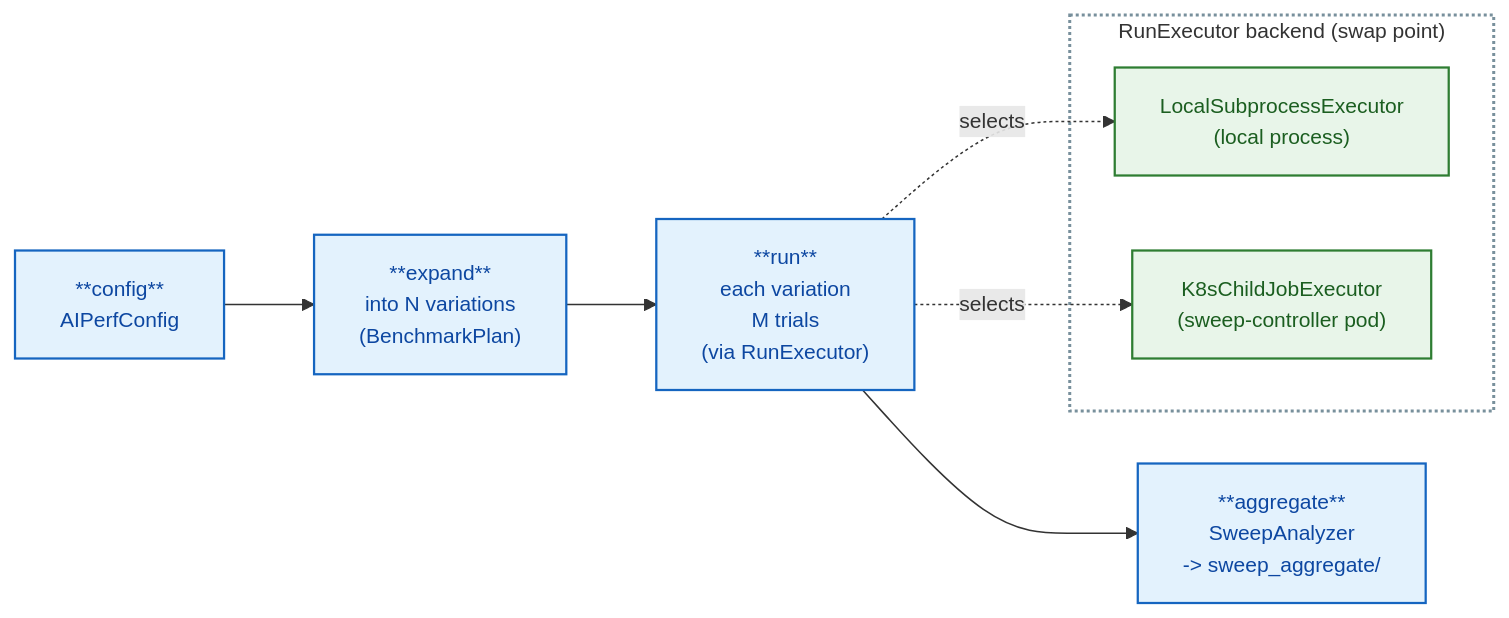
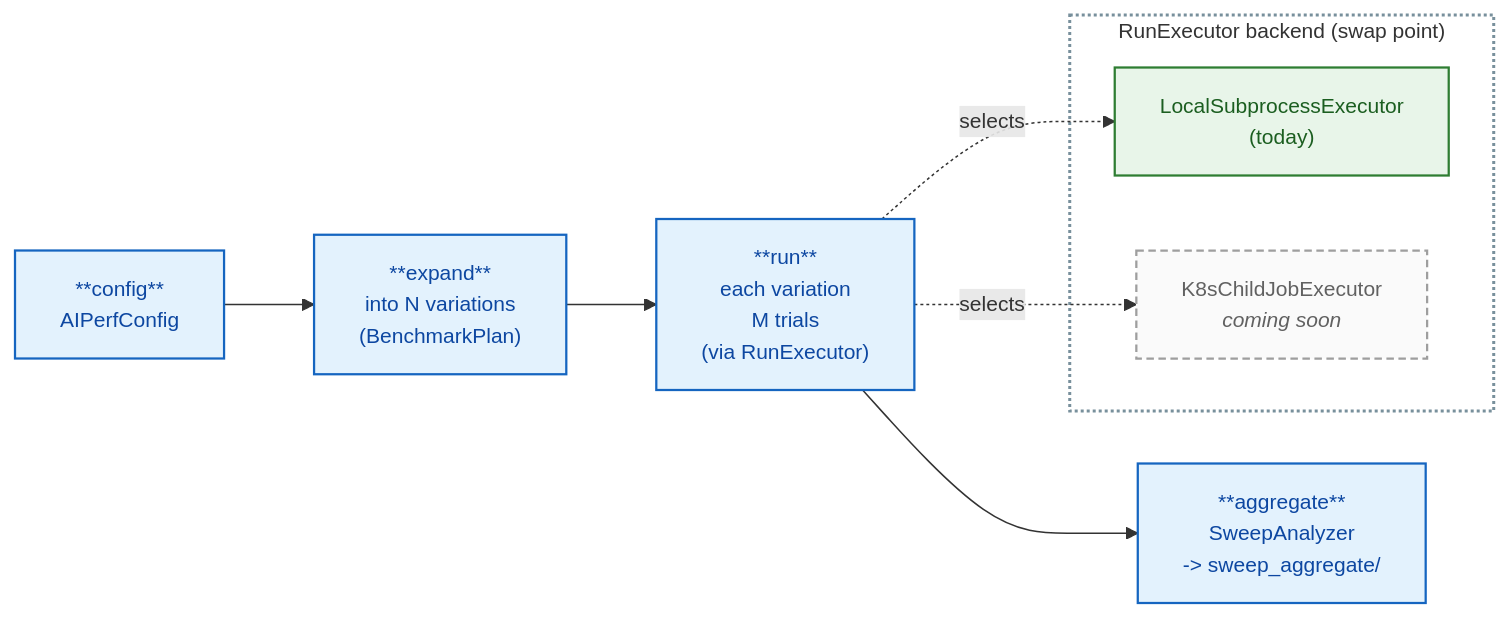
The first of 35 diagrams in docs/dev/sweep-orchestrator.md (ai-dynamo/aiperf), drawn with Mermaid before and after one commit. The commit also changed other lines of this file and 197 other files, not shown here.

````diff
--- a/docs/dev/sweep-orchestrator.md
+++ b/docs/dev/sweep-orchestrator.md
@@ -22,24 +22,27 @@
 ```mermaid
 %%{init: {'flowchart': {'nodeSpacing': 50, 'rankSpacing': 60, 'htmlLabels': true}, 'themeVariables': {'fontSize': '14px'}}}%%
 flowchart LR
     cfg["**config**<br/>AIPerfConfig"]
     exp["**expand**<br/>into N variations<br/>(BenchmarkPlan)"]
     run["**run**<br/>each variation<br/>M trials<br/>(via RunExecutor)"]
     agg["**aggregate**<br/>SweepAnalyzer<br/>-> sweep_aggregate/"]
 
     cfg --> exp --> run --> agg
 
     subgraph BACKENDS["RunExecutor backend (swap point)"]
-        local["LocalSubprocessExecutor<br/>(local process)"]
-        k8s["K8sChildJobExecutor<br/>(sweep-controller pod)"]
+        local["LocalSubprocessExecutor<br/>(today)"]
+        k8s["K8sChildJobExecutor<br/><i>coming soon</i>"]
     end
     run -. selects .-> local
     run -. selects .-> k8s
 
     classDef stage fill:#e3f2fd,stroke:#1565c0,stroke-width:1.5px,color:#0d47a1
     classDef shipping fill:#e8f5e9,stroke:#2e7d32,stroke-width:1.5px,color:#1b5e20
+    classDef coming fill:#fafafa,stroke:#9e9e9e,stroke-width:1.5px,stroke-dasharray:5 3,color:#616161
+
     class cfg,exp,run,agg stage
-    class local,k8s shipping
+    class local shipping
+    class k8s coming
 
     style BACKENDS fill:transparent,stroke:#78909c,stroke-width:2px,stroke-dasharray:2 2
 ```
````
